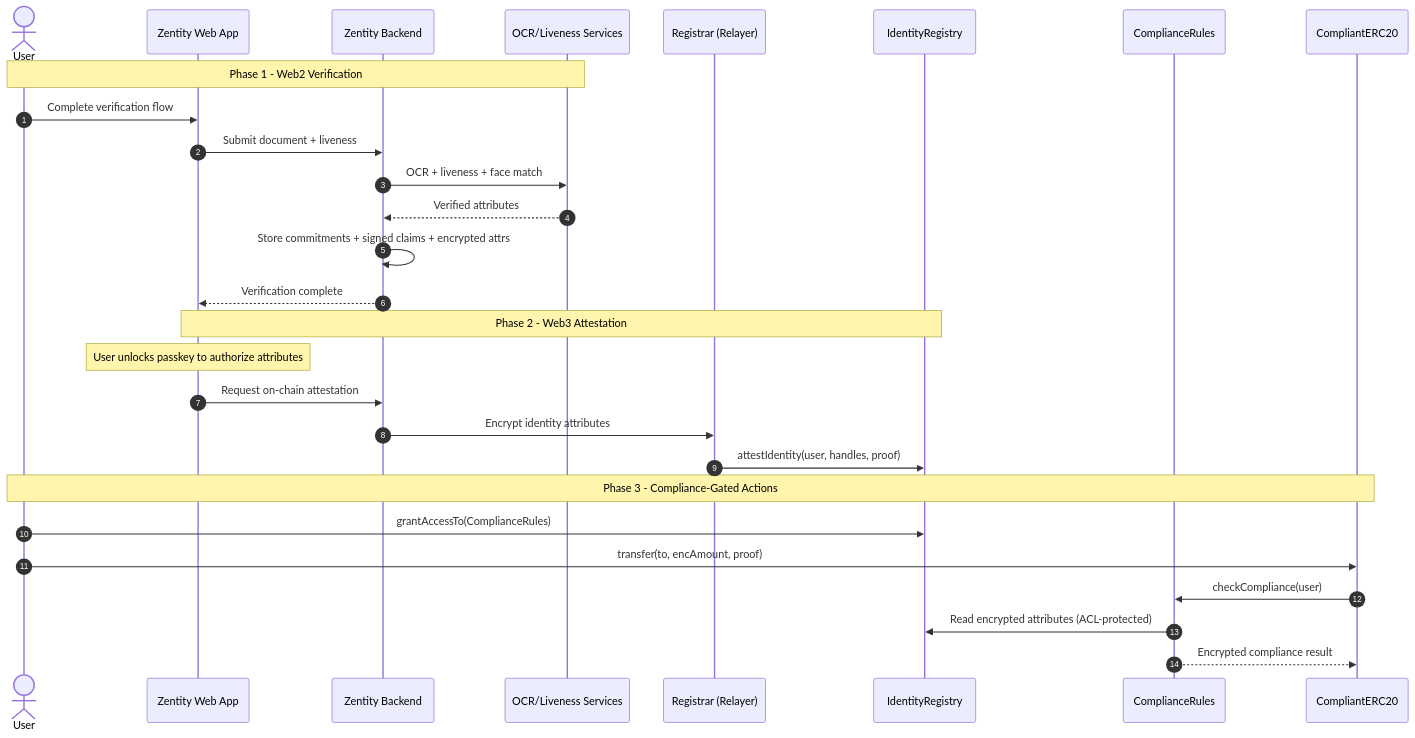
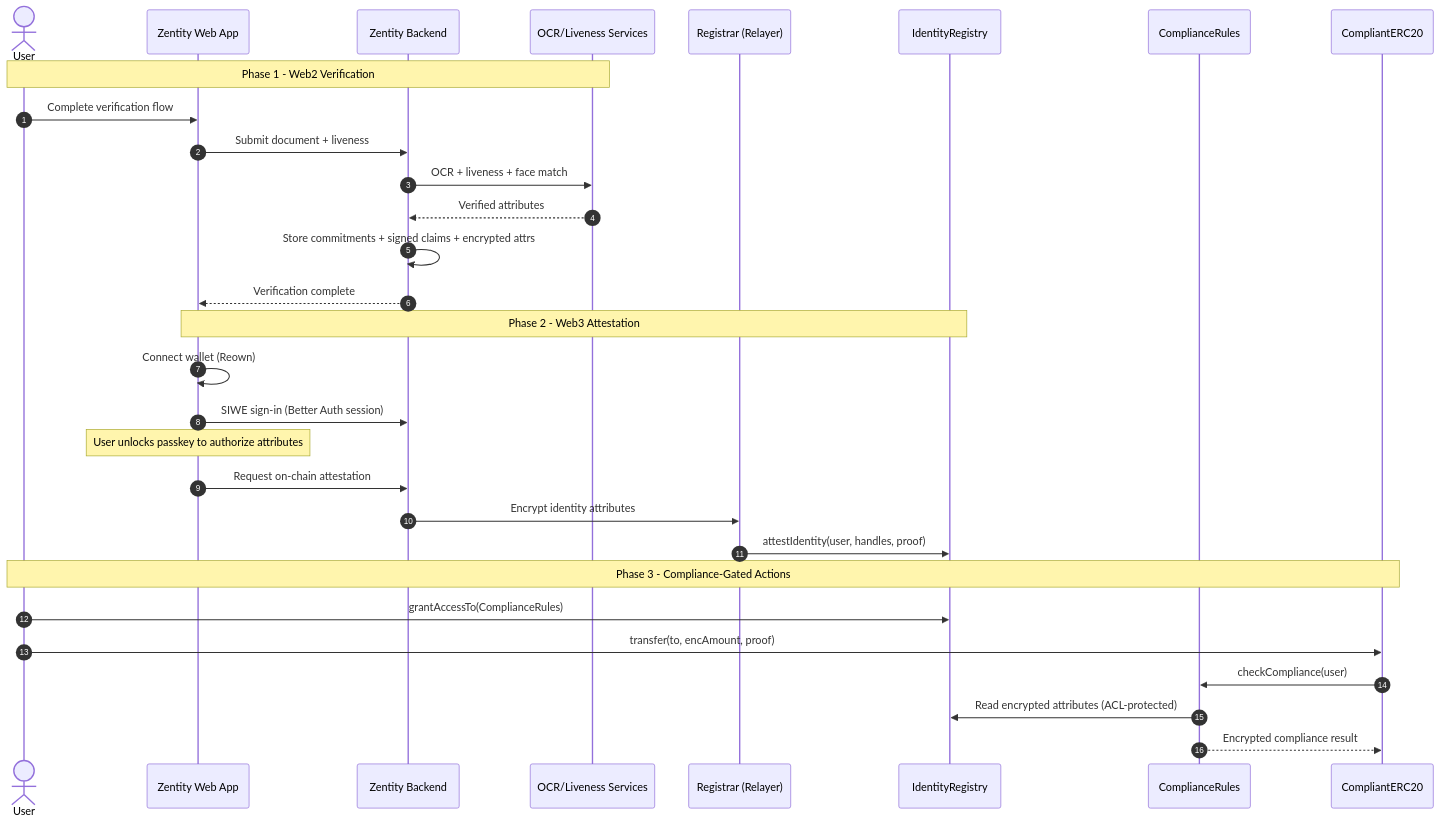
Before and after one commit to gustavovalverde/zentity: the first of 9 diagrams in docs/web3-architecture.md, drawn with Mermaid. The commit also changed other lines of this file and 84 other files, not shown here.

First line of the commit message:
refactor(web): integrate better-auth auth + oauth

````diff
--- a/docs/web3-architecture.md
+++ b/docs/web3-architecture.md
@@ -56,33 +62,35 @@
 ```mermaid
 sequenceDiagram
   autonumber
   actor User
   participant UI as Zentity Web App
   participant BE as Zentity Backend
   participant Verifier as OCR/Liveness Services
   participant Registrar as Registrar (Relayer)
   participant IR as IdentityRegistry
   participant CR as ComplianceRules
   participant ERC as CompliantERC20
 
   Note over User,Verifier: Phase 1 - Web2 Verification
   User->>UI: Complete verification flow
   UI->>BE: Submit document + liveness
   BE->>Verifier: OCR + liveness + face match
   Verifier-->>BE: Verified attributes
   BE->>BE: Store commitments + signed claims + encrypted attrs
   BE-->>UI: Verification complete
 
   Note over UI,IR: Phase 2 - Web3 Attestation
+  UI->>UI: Connect wallet (Reown)
+  UI->>BE: SIWE sign-in (Better Auth session)
   Note over UI: User unlocks passkey to authorize attributes
   UI->>BE: Request on-chain attestation
   BE->>Registrar: Encrypt identity attributes
   Registrar->>IR: attestIdentity(user, handles, proof)
 
   Note over User,ERC: Phase 3 - Compliance-Gated Actions
   User->>IR: grantAccessTo(ComplianceRules)
   User->>ERC: transfer(to, encAmount, proof)
   ERC->>CR: checkCompliance(user)
   CR->>IR: Read encrypted attributes (ACL-protected)
   CR-->>ERC: Encrypted compliance result
 ```
````
